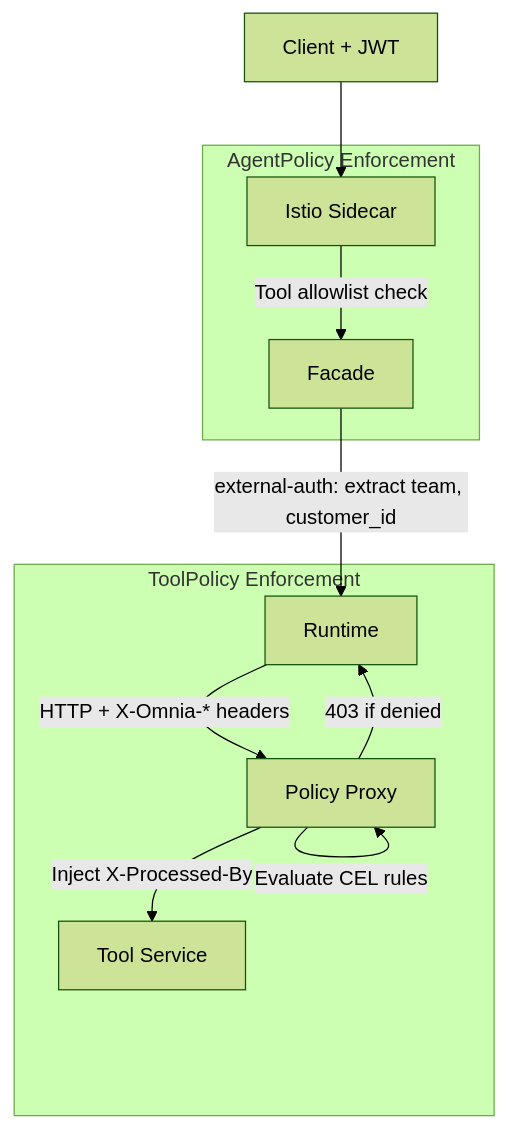
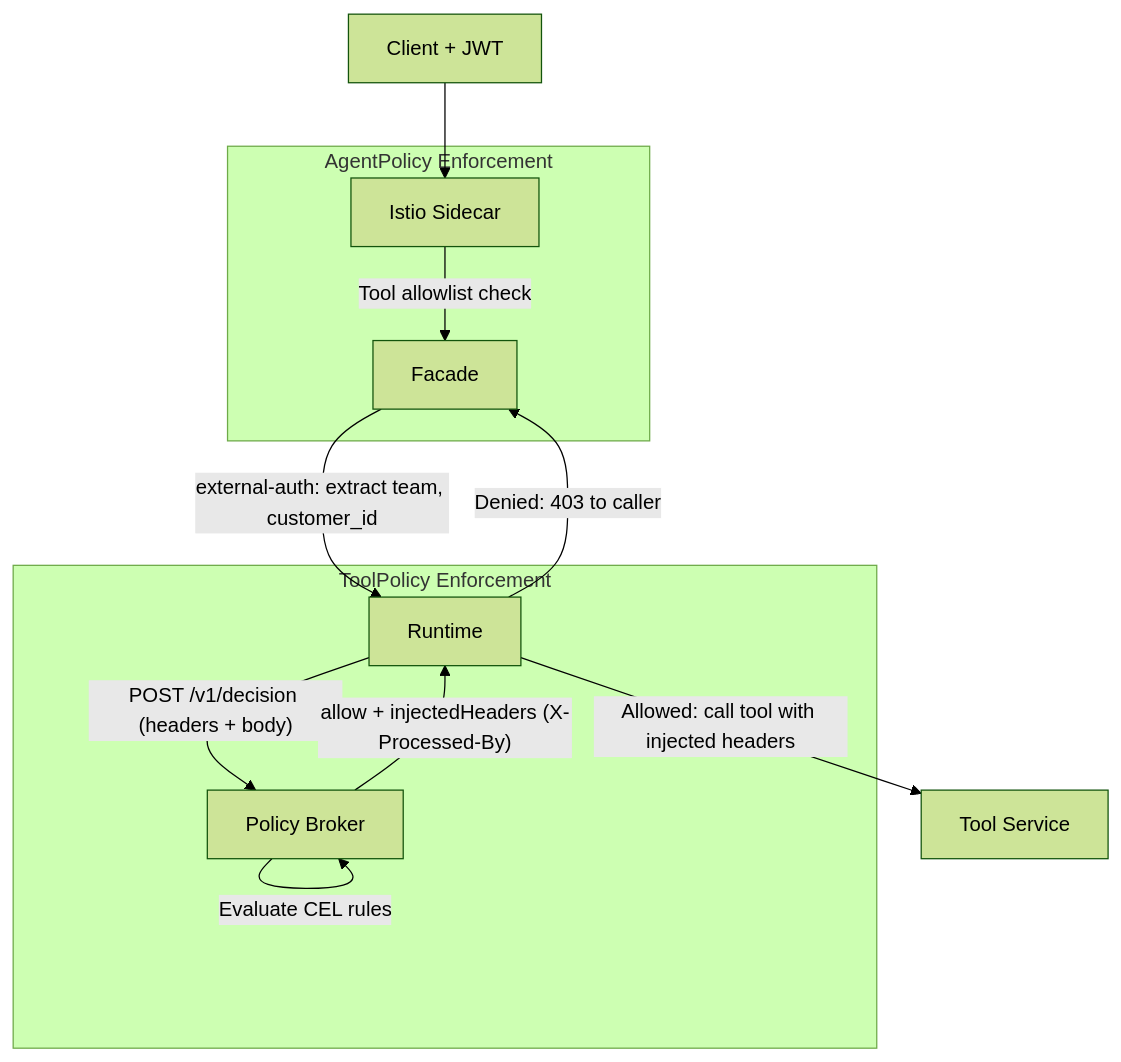
Before and after one commit to AltairaLabs/Omnia: the diagram in docs/src/content/docs/tutorials/securing-agents.md, drawn with Mermaid (forest theme). The commit also changed other lines of this file and 5 other files, not shown here.

Commit message:
fix(policy-broker): trivy-scan broker image, docs sync (SERVICES/SERVICE.md/tutorial), restore securityContext skip guard

````diff
--- a/docs/src/content/docs/tutorials/securing-agents.md
+++ b/docs/src/content/docs/tutorials/securing-agents.md
@@ -216,19 +207,20 @@
 ```mermaid
 graph TB
     CLIENT[Client + JWT] --> ISTIO[Istio Sidecar]
 
     subgraph "AgentPolicy Enforcement"
         ISTIO -->|Tool allowlist check| FACADE[Facade]
     end
 
     FACADE -->|"external-auth: extract team, customer_id"| RUNTIME[Runtime]
 
     subgraph "ToolPolicy Enforcement"
-        RUNTIME -->|HTTP + X-Omnia-* headers| PROXY[Policy Proxy]
-        PROXY -->|Check required claims| PROXY
-        PROXY -->|Evaluate CEL rules| PROXY
-        PROXY -->|Inject X-Processed-By| TOOL[Tool Service]
+        RUNTIME -->|"POST /v1/decision (headers + body)"| BROKER[Policy Broker]
+        BROKER -->|Check required claims| BROKER
+        BROKER -->|Evaluate CEL rules| BROKER
+        BROKER -->|"allow + injectedHeaders (X-Processed-By)"| RUNTIME
     end
 
-    PROXY -->|403 if denied| RUNTIME
+    RUNTIME -->|"Denied: 403 to caller"| FACADE
+    RUNTIME -->|"Allowed: call tool with injected headers"| TOOL[Tool Service]
 ```
````
